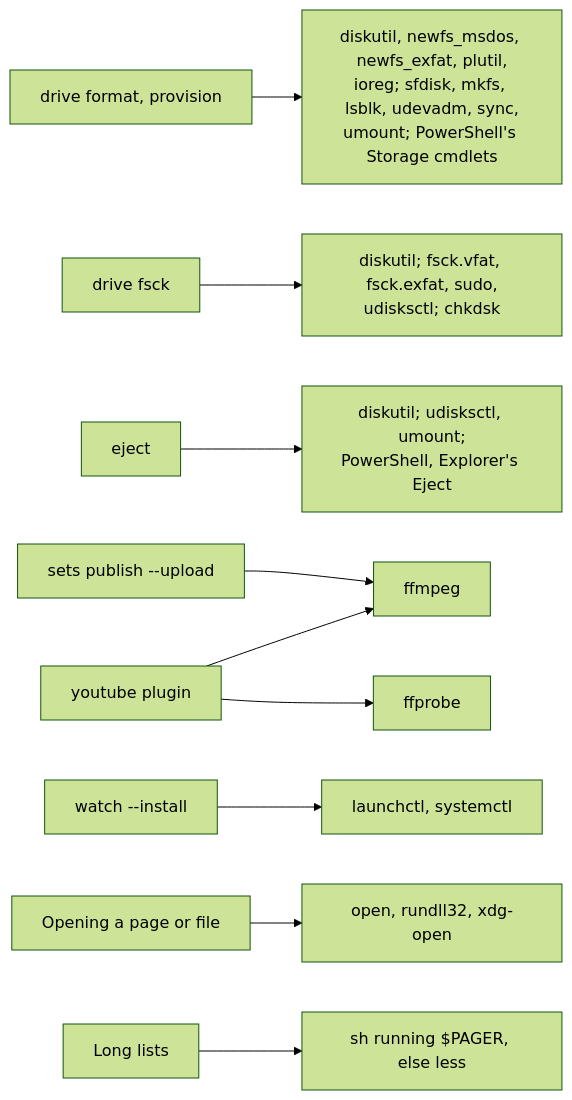
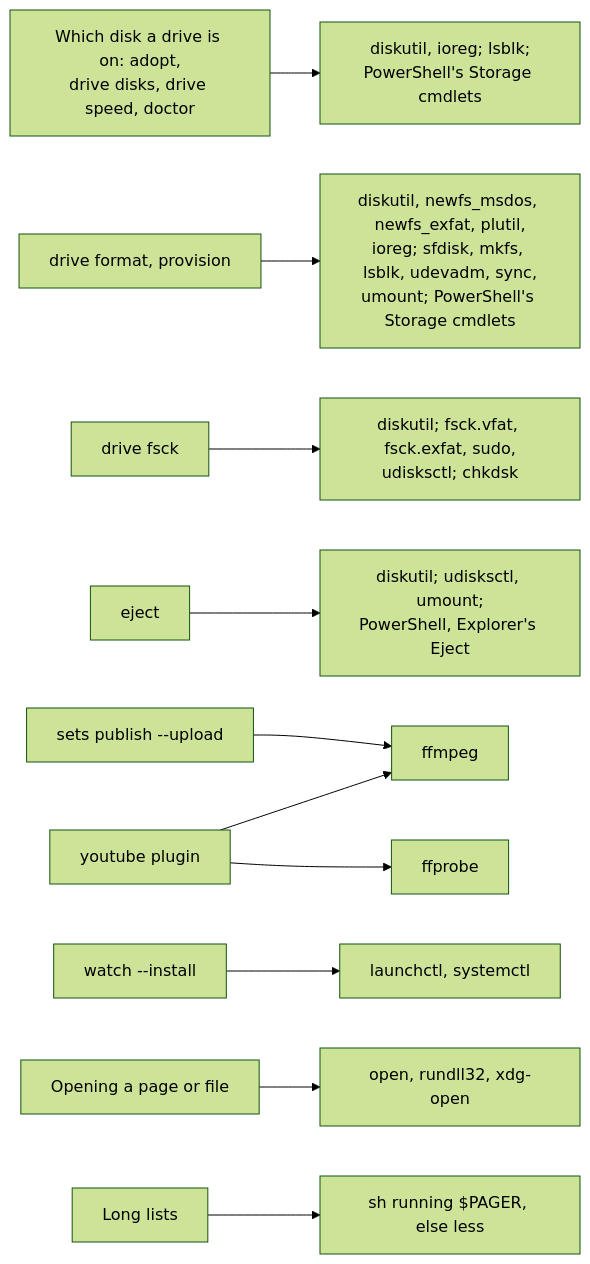
Before and after one commit to cutenode/localnetwork: the eighth of 8 diagrams in apps/locallibrary/docs/diagrams/publishing-and-services.md, drawn with Mermaid (forest theme). The commit also changed other lines of this file and 6 other files, not shown here.

First line of the commit message:
docs(locallibrary): bring the diagrams up to date with the code

````diff
--- a/apps/locallibrary/docs/diagrams/publishing-and-services.md
+++ b/apps/locallibrary/docs/diagrams/publishing-and-services.md
@@ -162,12 +162,13 @@
 ```mermaid
 flowchart LR
+    identify["Which disk a drive is on: adopt,<br/>drive disks, drive speed, doctor"] --> which["diskutil, ioreg; lsblk;<br/>PowerShell's Storage cmdlets"]
     format["drive format, provision"] --> disk["diskutil, newfs_msdos, newfs_exfat, plutil,<br/>ioreg; sfdisk, mkfs, lsblk, udevadm, sync,<br/>umount; PowerShell's Storage cmdlets"]
     fsck["drive fsck"] --> check["diskutil; fsck.vfat, fsck.exfat, sudo,<br/>udisksctl; chkdsk"]
     eject["eject"] --> ej["diskutil; udisksctl, umount;<br/>PowerShell, Explorer's Eject"]
     upload["sets publish --upload"] --> ffmpeg["ffmpeg"]
     youtube["youtube plugin"] --> ffmpeg
     youtube --> ffprobe["ffprobe"]
     watch["watch --install"] --> login["launchctl, systemctl"]
     open["Opening a page or file"] --> opener["open, rundll32, xdg-open"]
     pager["Long lists"] --> less["sh running $PAGER, else less"]
 ```
````
